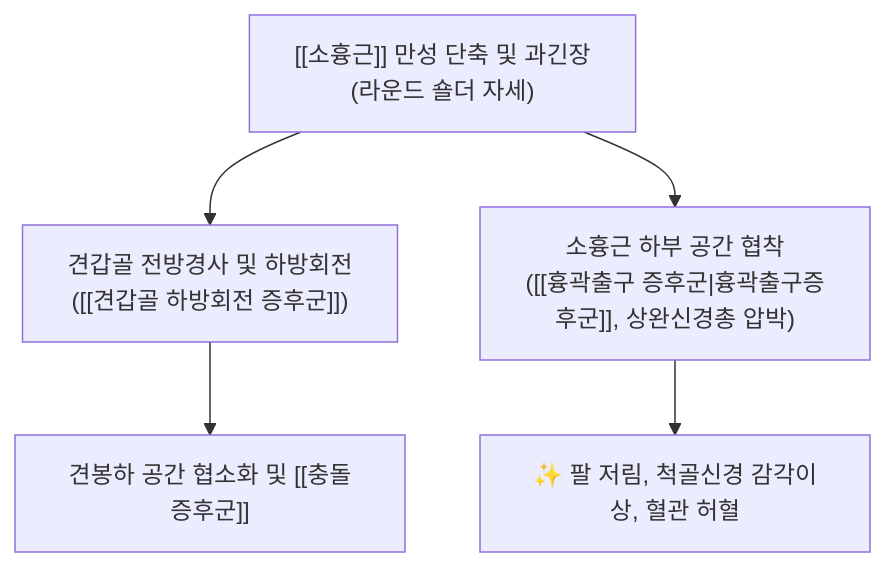
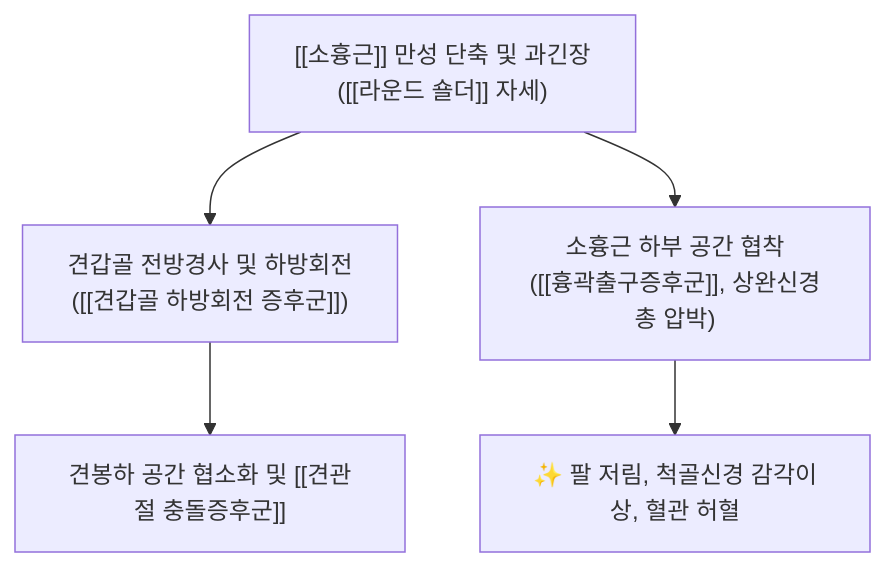
Before and after one commit to simbio11/simbio-digital-garden2: the first of 2 diagrams in content/1. 근골격계 공부/근육/(4) 어깨/소흉근.md, drawn with Mermaid. The commit also changed other lines of this file and 487 other files, not shown here.

````diff
--- a/content/1. 근골격계 공부/근육/(4) 어깨/소흉근.md
+++ b/content/1. 근골격계 공부/근육/(4) 어깨/소흉근.md
@@ -42,7 +47,10 @@
 ```mermaid
 graph TD
-    PecMinorTight["[[소흉근]] 만성 단축 및 과긴장\n(라운드 숄더 자세)"] --> ScapularAntTilt["견갑골 전방경사 및 하방회전\n([[견갑골 하방회전 증후군]])"]
-    ScapularAntTilt --> Impingement["견봉하 공간 협소화 및 [[충돌증후군]]"]
-    PecMinorTight --> TOS["소흉근 하부 공간 협착\n([[흉곽출구 증후군|흉곽출구증후군]], 상완신경총 압박)"]
+    PecMinorTight["[[소흉근]] 만성 단축 및 과긴장
+([[라운드 숄더]] 자세)"] --> ScapularAntTilt["견갑골 전방경사 및 하방회전
+([[견갑골 하방회전 증후군]])"]
+    ScapularAntTilt --> Impingement["견봉하 공간 협소화 및 [[견관절 충돌증후군]]"]
+    PecMinorTight --> TOS["소흉근 하부 공간 협착
+([[흉곽출구증후군]], 상완신경총 압박)"]
     TOS --> ArmNumbness["✨ 팔 저림, 척골신경 감각이상, 혈관 허혈"]
 ```
````
